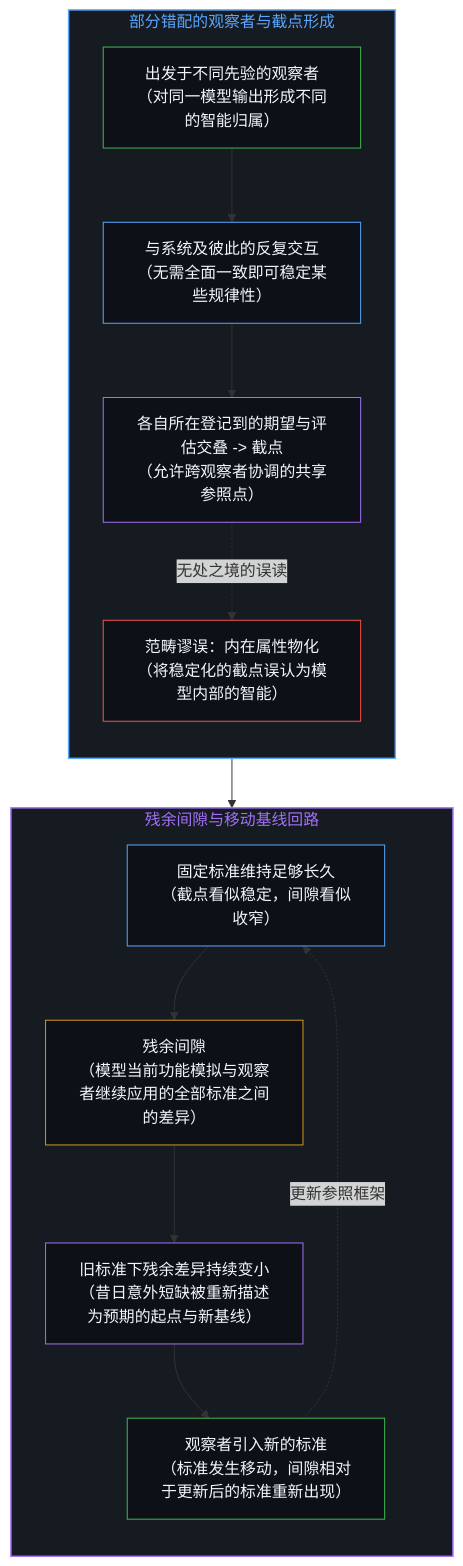
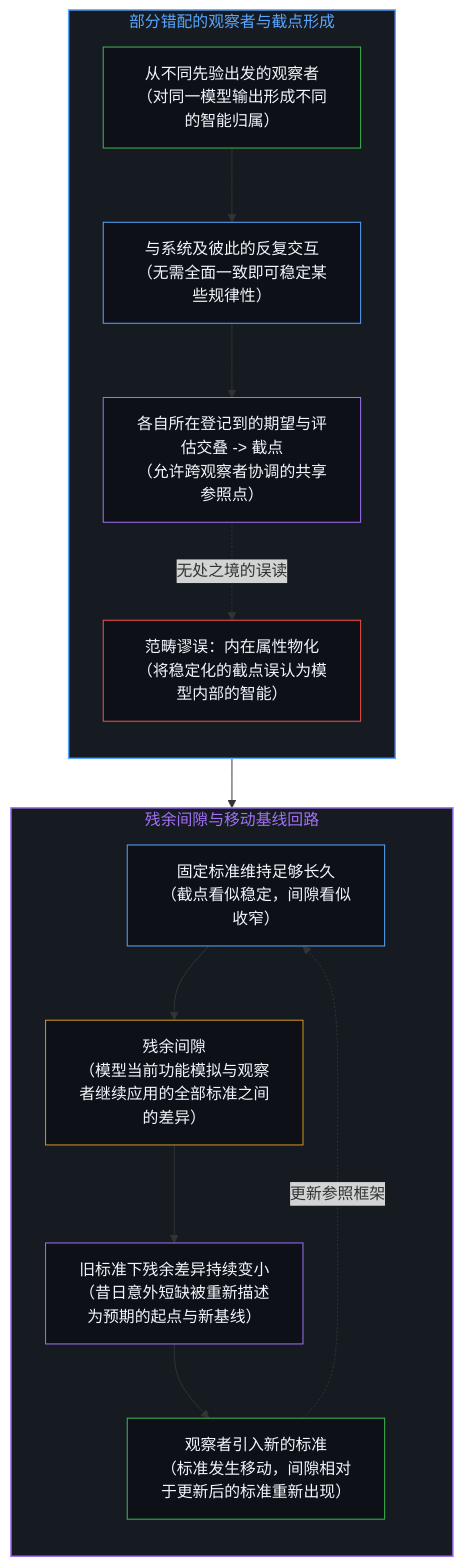
Before and after one commit to powerpig99/not-a-toe: the first of 4 diagrams in content/posts/intelligence-in-observation-and-the-residual-gap.md, drawn with Mermaid. The commit also changed other lines of this file and 3 other files, not shown here.

````diff
--- a/content/posts/intelligence-in-observation-and-the-residual-gap.md
+++ b/content/posts/intelligence-in-observation-and-the-residual-gap.md
@@ -17,35 +17,35 @@
 ```mermaid
 flowchart TD
     subgraph S_Observers["部分错配的观察者与截点形成"]
         direction TB
-        O1["出发于不同先验的观察者<br/>（对同一模型输出形成不同的智能归属）"]
+        O1["从不同先验出发的观察者<br/>（对同一模型输出形成不同的智能归属）"]
         O2["与系统及彼此的反复交互<br/>（无需全面一致即可稳定某些规律性）"]
         INT["各自所在登记到的期望与评估交叠 -> 截点<br/>（允许跨观察者协调的共享参照点）"]
         ERR["范畴谬误：内在属性物化<br/>（将稳定化的截点误认为模型内部的智能）"]
         O1 --> O2
         O2 --> INT
         INT -. "无处之境的误读" .-> ERR
     end
     subgraph S_Cycle["残余间隙与移动基线回路"]
         direction TB
         FIX["固定标准维持足够长久<br/>（截点看似稳定，间隙看似收窄）"]
         RES["残余间隙<br/>（模型当前功能模拟与观察者继续应用的全部标准之间的差异）"]
         BASE["旧标准下残余差异持续变小<br/>（昔日意外短缺被重新描述为预期的起点与新基线）"]
         NEW["观察者引入新的标准<br/>（标准发生移动，间隙相对于更新后的标准重新出现）"]
         FIX --> RES
         RES --> BASE
         BASE --> NEW
         NEW -. "更新参照框架" .-> FIX
     end
     INT --> FIX
     style S_Observers fill:#161b22,stroke:#58a6ff,stroke-width:1.5px,color:#58a6ff
     style S_Cycle fill:#161b22,stroke:#a371f7,stroke-width:1.5px,color:#a371f7
     style O1 fill:#0d1117,stroke:#3fb950,stroke-width:1px,color:#f0f6fc
     style O2 fill:#0d1117,stroke:#58a6ff,stroke-width:1px,color:#f0f6fc
     style INT fill:#0d1117,stroke:#a371f7,stroke-width:1px,color:#f0f6fc
     style ERR fill:#0d1117,stroke:#f85149,stroke-width:1px,color:#f0f6fc
     style FIX fill:#0d1117,stroke:#58a6ff,stroke-width:1px,color:#f0f6fc
     style RES fill:#0d1117,stroke:#d29922,stroke-width:1px,color:#f0f6fc
     style BASE fill:#0d1117,stroke:#a371f7,stroke-width:1px,color:#f0f6fc
     style NEW fill:#0d1117,stroke:#3fb950,stroke-width:1px,color:#f0f6fc
 ```
````
